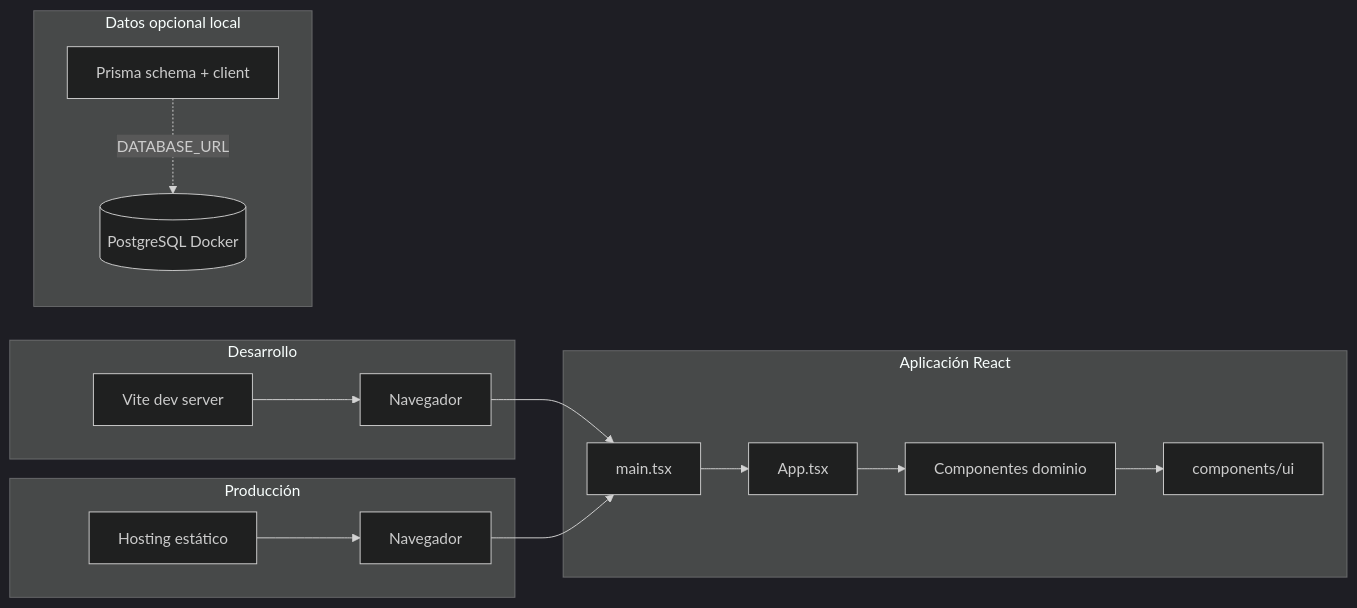
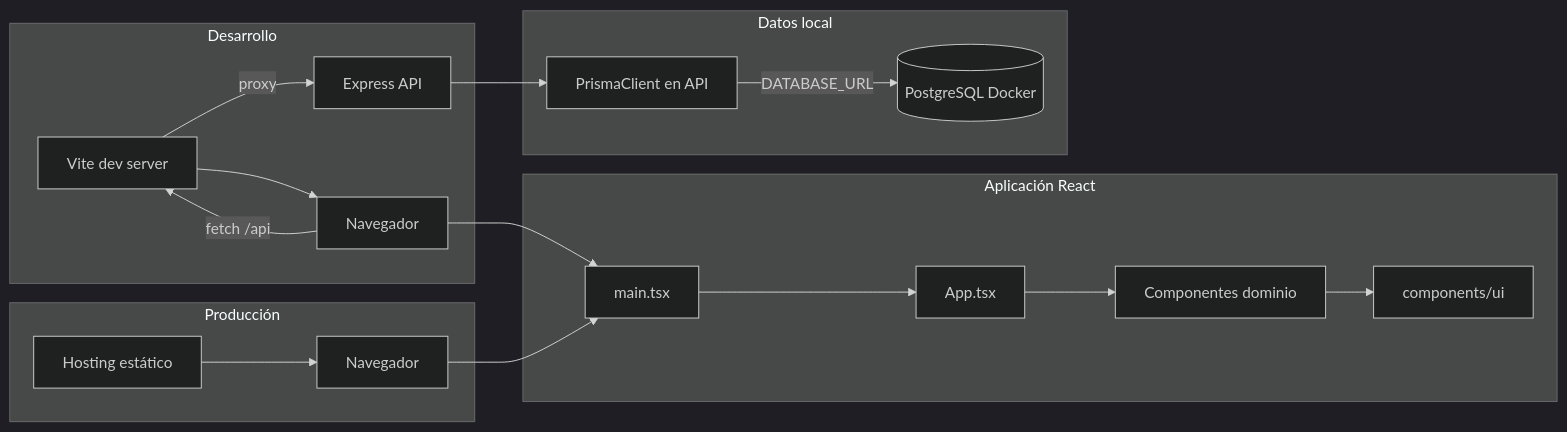
Before and after one commit to isaacmvimv/AI4Devs-finalproject-IMV: the first of 5 diagrams in docs/infrastructure.md, drawn with Mermaid (dark theme). The commit also changed other lines of this file and 6 other files, not shown here.

Commit message:
Added first API HTTP methowd with Express (Express/CORS/Dotenv) (Node) + Prisma

````diff
--- a/docs/infrastructure.md
+++ b/docs/infrastructure.md
@@ -90,33 +112,37 @@
 ```mermaid
 flowchart LR
   subgraph dev["Desarrollo"]
     Vite[Vite dev server]
+    Api[Express API]
     BrowserDev[Navegador]
     Vite --> BrowserDev
+    BrowserDev -->|fetch /api| Vite
+    Vite -->|proxy| Api
   end
 
   subgraph prod["Producción"]
     Static[Hosting estático]
     BrowserProd[Navegador]
     Static --> BrowserProd
   end
 
   subgraph app["Aplicación React"]
     Main[main.tsx]
     App[App.tsx]
     Domain[Componentes dominio]
     UI[components/ui]
     Main --> App
     App --> Domain
     Domain --> UI
   end
 
-  subgraph data["Datos opcional local"]
+  subgraph data["Datos local"]
     PG[(PostgreSQL Docker)]
-    Prisma[Prisma schema + client]
-    Prisma -.->|DATABASE_URL| PG
+    Prisma[PrismaClient en API]
+    Prisma -->|DATABASE_URL| PG
   end
 
+  Api --> Prisma
   BrowserDev --> Main
   BrowserProd --> Main
 ```
````
